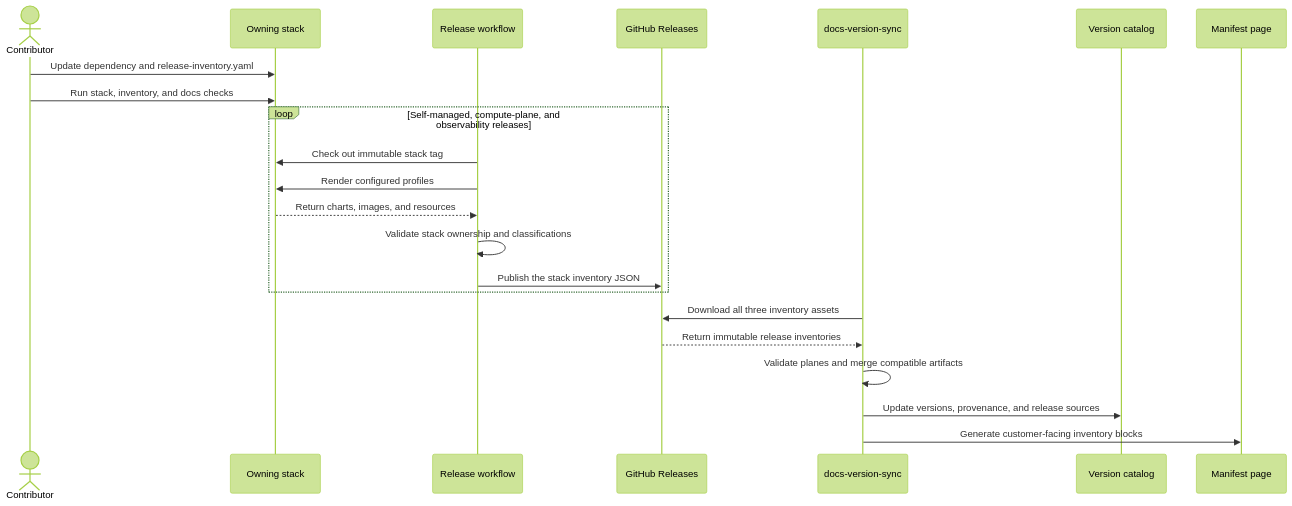
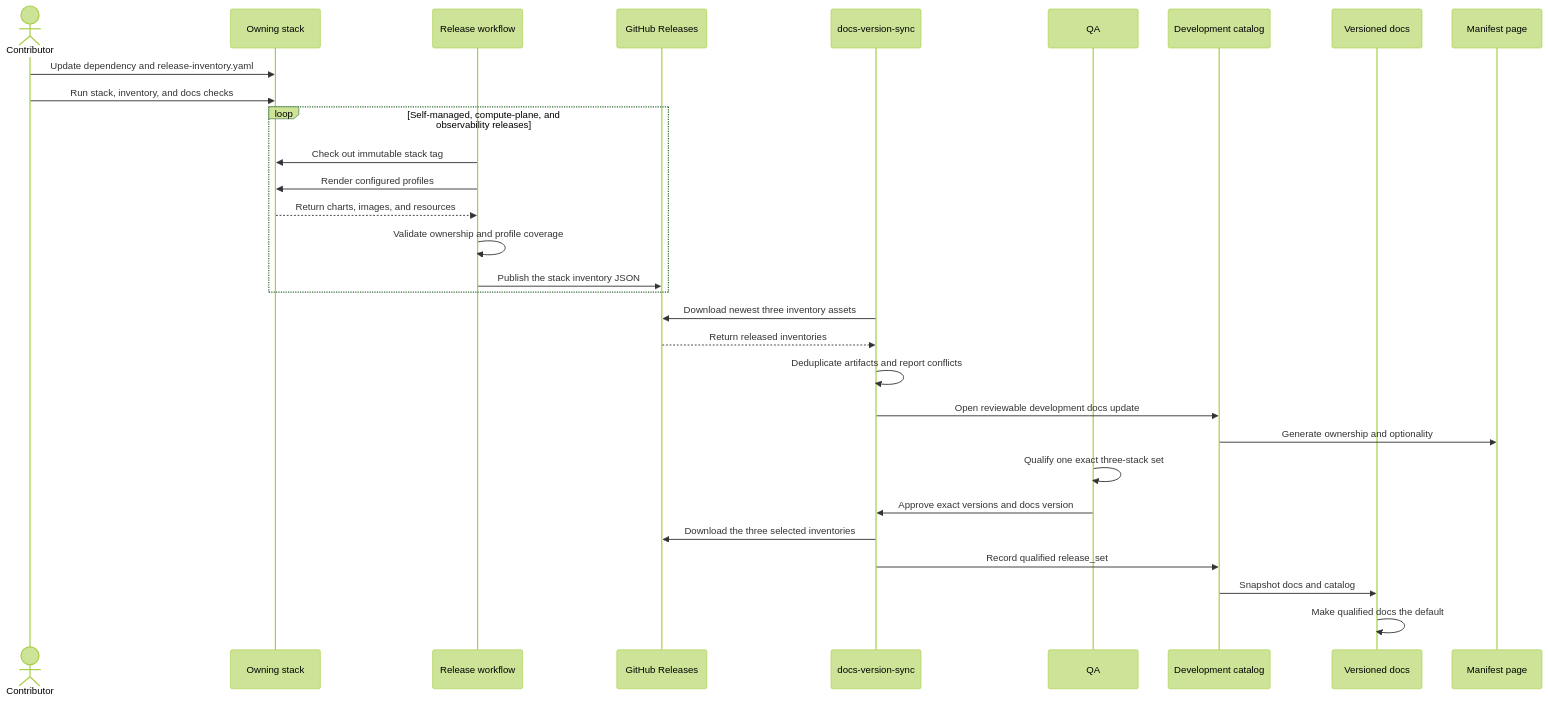
Before and after one commit to NVIDIA/nvcf: the diagram in deploy/stacks/INVENTORY.md, drawn with Mermaid (forest theme). The commit also changed other lines of this file and 26 other files, not shown here.

First line of the commit message:
feat(release): model qualified stack release sets

````diff
--- a/deploy/stacks/INVENTORY.md
+++ b/deploy/stacks/INVENTORY.md
@@ -43,27 +46,36 @@
 ```mermaid
 sequenceDiagram
     actor Contributor
     participant Stack as Owning stack
     participant Release as Release workflow
     participant Assets as GitHub Releases
     participant Sync as docs-version-sync
-    participant Catalog as Version catalog
+    participant QA
+    participant Catalog as Development catalog
+    participant Stable as Versioned docs
     participant Manifest as Manifest page
 
     Contributor->>Stack: Update dependency and release-inventory.yaml
     Contributor->>Stack: Run stack, inventory, and docs checks
 
     loop Self-managed, compute-plane, and observability releases
         Release->>Stack: Check out immutable stack tag
         Release->>Stack: Render configured profiles
         Stack-->>Release: Return charts, images, and resources
-        Release->>Release: Validate stack ownership and classifications
+        Release->>Release: Validate ownership and profile coverage
         Release->>Assets: Publish the stack inventory JSON
     end
 
-    Sync->>Assets: Download all three inventory assets
-    Assets-->>Sync: Return immutable release inventories
-    Sync->>Sync: Validate planes and merge compatible artifacts
-    Sync->>Catalog: Update versions, provenance, and release sources
-    Sync->>Manifest: Generate customer-facing inventory blocks
+    Sync->>Assets: Download newest three inventory assets
+    Assets-->>Sync: Return released inventories
+    Sync->>Sync: Deduplicate artifacts and report conflicts
+    Sync->>Catalog: Open reviewable development docs update
+    Catalog->>Manifest: Generate ownership and optionality
+
+    QA->>QA: Qualify one exact three-stack set
+    QA->>Sync: Approve exact versions and docs version
+    Sync->>Assets: Download the three selected inventories
+    Sync->>Catalog: Record qualified release_set
+    Catalog->>Stable: Snapshot docs and catalog
+    Stable->>Stable: Make qualified docs the default
 ```
````
